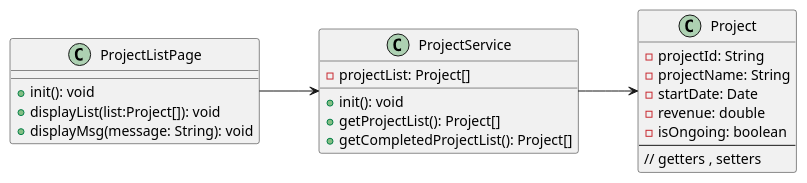
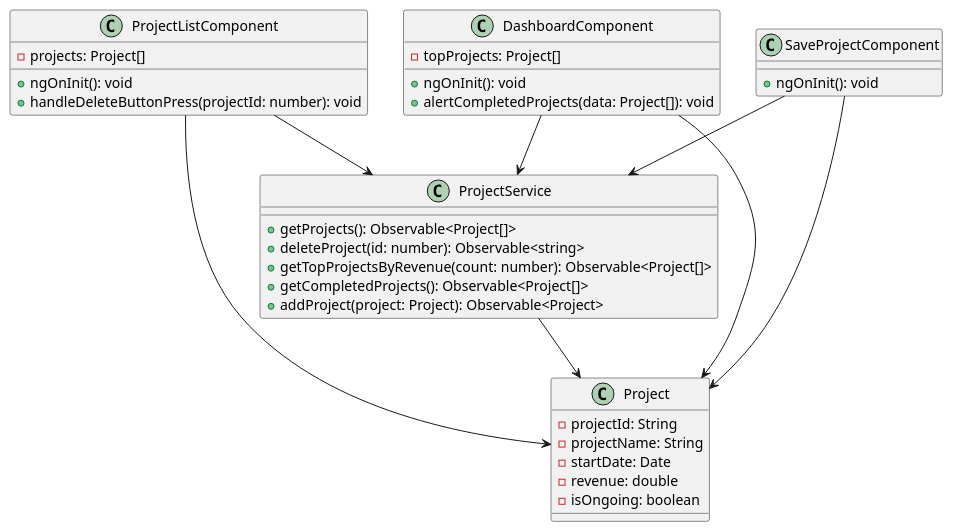
One commit to haturusinghe/project-dashboard-angular changed the third of 4 diagrams in diagrams/updated-diagrams.md. Above: the diagram before and after it, drawn with PlantUML. The commit also changed other lines of this file and 4 other files, not shown here.

````diff
--- a/diagrams/updated-diagrams.md
+++ b/diagrams/updated-diagrams.md
@@ -112,39 +126,55 @@
 ```plantuml
 @startuml
-left to right direction
+top to bottom direction
 
 class ProjectService{
-    +init(): void
-    -projectList: Project[]
-    +getProjectList(): Project[]
-    +getCompletedProjectList(): Project[]
+    +getProjects(): Observable<Project[]>
+    +deleteProject(id: number): Observable<string>
+    +getTopProjectsByRevenue(count: number): Observable<Project[]>
+    +getCompletedProjects(): Observable<Project[]>
+    +addProject(project: Project): Observable<Project>
 }
 
 class Project{
     -projectId: String
     -projectName: String
     -startDate: Date
     -revenue: double
     -isOngoing: boolean
-    --
-    // getters , setters
 }
 
-class ProjectListPage{
-    +init(): void
-    +displayList(list:Project[]): void
-    +displayMsg(message: String): void
+class ProjectListComponent{
+    -projects: Project[]
+    +ngOnInit(): void
+    +handleDeleteButtonPress(projectId: number): void
+}
+
+class DashboardComponent{
+    -topProjects: Project[]
+    +ngOnInit(): void
+    +alertCompletedProjects(data: Project[]): void
+}
+
+class SaveProjectComponent{
+    +ngOnInit(): void
 }
 
 
 
 
-ProjectListPage --> ProjectService
+ProjectListComponent --> ProjectService
+DashboardComponent --> ProjectService
+SaveProjectComponent --> ProjectService
+
+ProjectListComponent --> Project
+DashboardComponent --> Project
+SaveProjectComponent --> Project
+
 ProjectService --> Project
 
 
 
 @enduml
 
 
 ```
````
